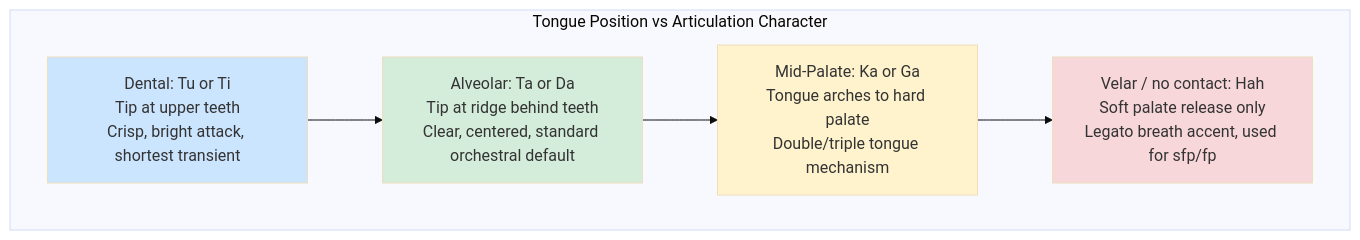
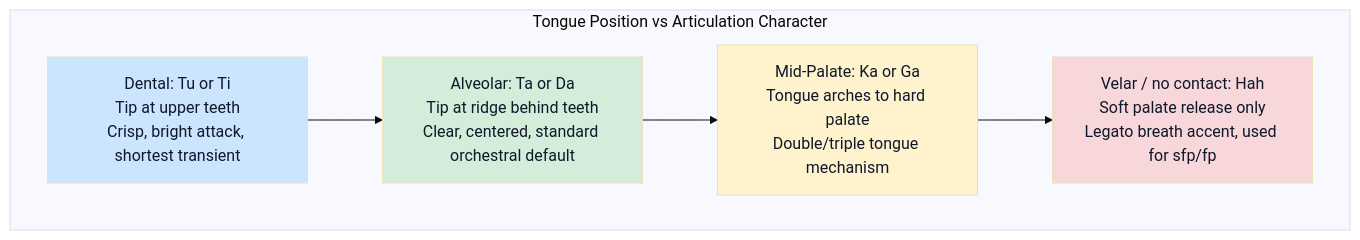
The third of 4 diagrams in topics/arts/music_performance/brass/labs.md (blebleblee/synapse), drawn with Mermaid (base theme) before and after one commit. The commit also changed other lines of this file and 1464 other files, not shown here.

Commit message:
feat(release): curriculum vector mermaid upgrade, render hardening, and master synpack

````diff
--- a/topics/arts/music_performance/brass/labs.md
+++ b/topics/arts/music_performance/brass/labs.md
@@ -330,23 +330,23 @@
 ```mermaid
 flowchart TD
     subgraph sub_tongue ["Tongue Position vs Articulation Character"]
         T1["Dental: Tu or Ti
 Tip at upper teeth
 Crisp, bright attack, shortest transient"]
         T2["Alveolar: Ta or Da
 Tip at ridge behind teeth
 Clear, centered, standard orchestral default"]
         T3["Mid-Palate: Ka or Ga
 Tongue arches to hard palate
 Double/triple tongue mechanism"]
         T4["Velar / no contact: Hah
 Soft palate release only
 Legato breath accent, used for sfp/fp"]
     end
     T1 --> T2 --> T3 --> T4
 
-    style T1 fill:#cce5ff
-    style T2 fill:#d4edda
-    style T3 fill:#fff3cd
-    style T4 fill:#f8d7da
+    style T1 fill:#cce5ff,color:#0f172a
+    style T2 fill:#d4edda,color:#0f172a
+    style T3 fill:#fff3cd,color:#0f172a
+    style T4 fill:#f8d7da,color:#0f172a
 ```
````
